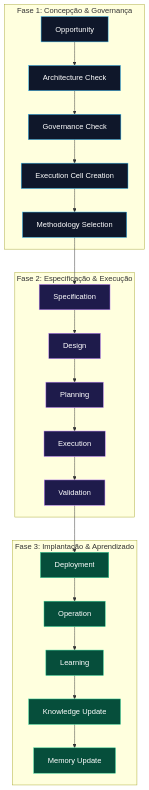
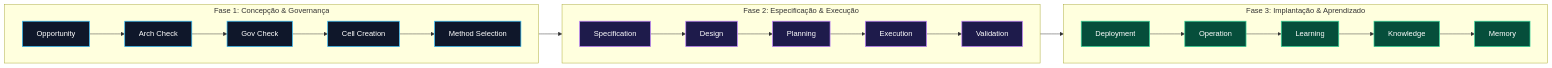
One commit to EnterDufter/PromptCoreLabs_AEOS changed the fifth of 5 diagrams in governance/operating-model.md. Above: the diagram before and after it, drawn with Mermaid. The commit also changed other lines of this file and 1 other file, not shown here.

````diff
--- a/governance/operating-model.md
+++ b/governance/operating-model.md
@@ -347,29 +350,23 @@
 ```mermaid
-graph TD
-    classDef phase1 fill:#0f172a,stroke:#38bdf8,color:#fff;
-    classDef phase2 fill:#1e1b4b,stroke:#c084fc,color:#fff;
-    classDef phase3 fill:#064e3b,stroke:#34d399,color:#fff;
+graph LR
+    classDef phase1 fill:#0f172a,stroke:#38bdf8,stroke-width:1.5px,color:#fff;
+    classDef phase2 fill:#1e1b4b,stroke:#c084fc,stroke-width:1.5px,color:#fff;
+    classDef phase3 fill:#064e3b,stroke:#34d399,stroke-width:1.5px,color:#fff;
 
-    subgraph PhaseInit["Fase 1: Concepção & Governança"]
-        O["Opportunity"]:::phase1 --> AC["Architecture Check"]:::phase1
-        AC --> GC["Governance Check"]:::phase1
-        GC --> ECC["Execution Cell Creation"]:::phase1
-        ECC --> MS["Methodology Selection"]:::phase1
+    subgraph P1["Fase 1: Concepção & Governança"]
+        direction LR
+        O["Opportunity"]:::phase1 --> AC["Arch Check"]:::phase1 --> GC["Gov Check"]:::phase1 --> ECC["Cell Creation"]:::phase1 --> MS["Method Selection"]:::phase1
     end
 
-    subgraph PhaseSpec["Fase 2: Especificação & Execução"]
-        MS --> SP["Specification"]:::phase2
-        SP --> DS["Design"]:::phase2
-        DS --> PL["Planning"]:::phase2
-        PL --> EX["Execution"]:::phase2
-        EX --> VA["Validation"]:::phase2
+    subgraph P2["Fase 2: Especificação & Execução"]
+        direction LR
+        SP["Specification"]:::phase2 --> DS["Design"]:::phase2 --> PL["Planning"]:::phase2 --> EX["Execution"]:::phase2 --> VA["Validation"]:::phase2
     end
 
-    subgraph PhaseOps["Fase 3: Implantação & Aprendizado"]
-        VA --> DP["Deployment"]:::phase3
-        DP --> OP["Operation"]:::phase3
-        OP --> LE["Learning"]:::phase3
-        LE --> KU["Knowledge Update"]:::phase3
-        KU --> MU["Memory Update"]:::phase3
+    subgraph P3["Fase 3: Implantação & Aprendizado"]
+        direction LR
+        DP["Deployment"]:::phase3 --> OP["Operation"]:::phase3 --> LE["Learning"]:::phase3 --> KU["Knowledge"]:::phase3 --> MU["Memory"]:::phase3
     end
+
+    P1 --> P2 --> P3
 ```
````
